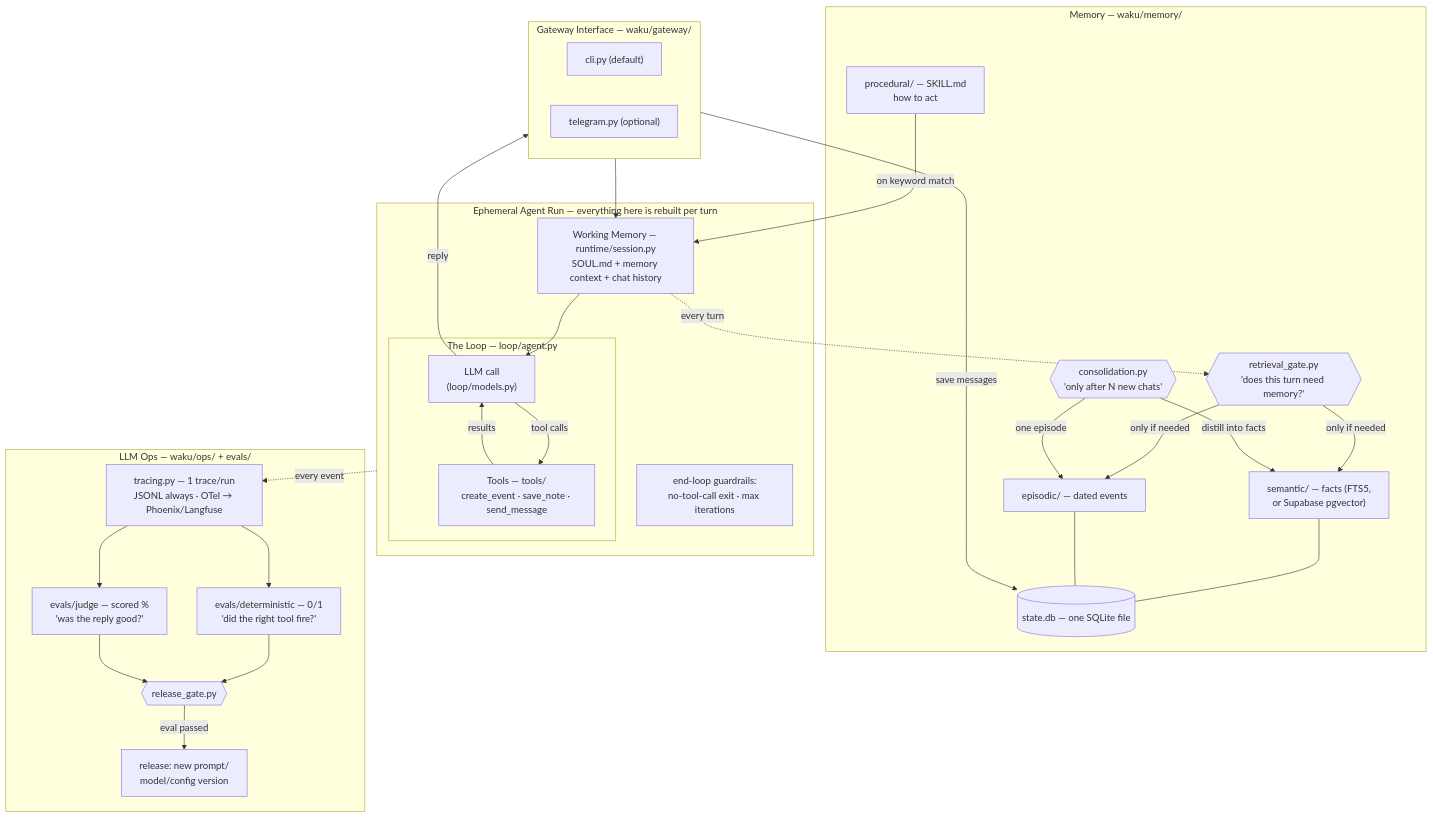
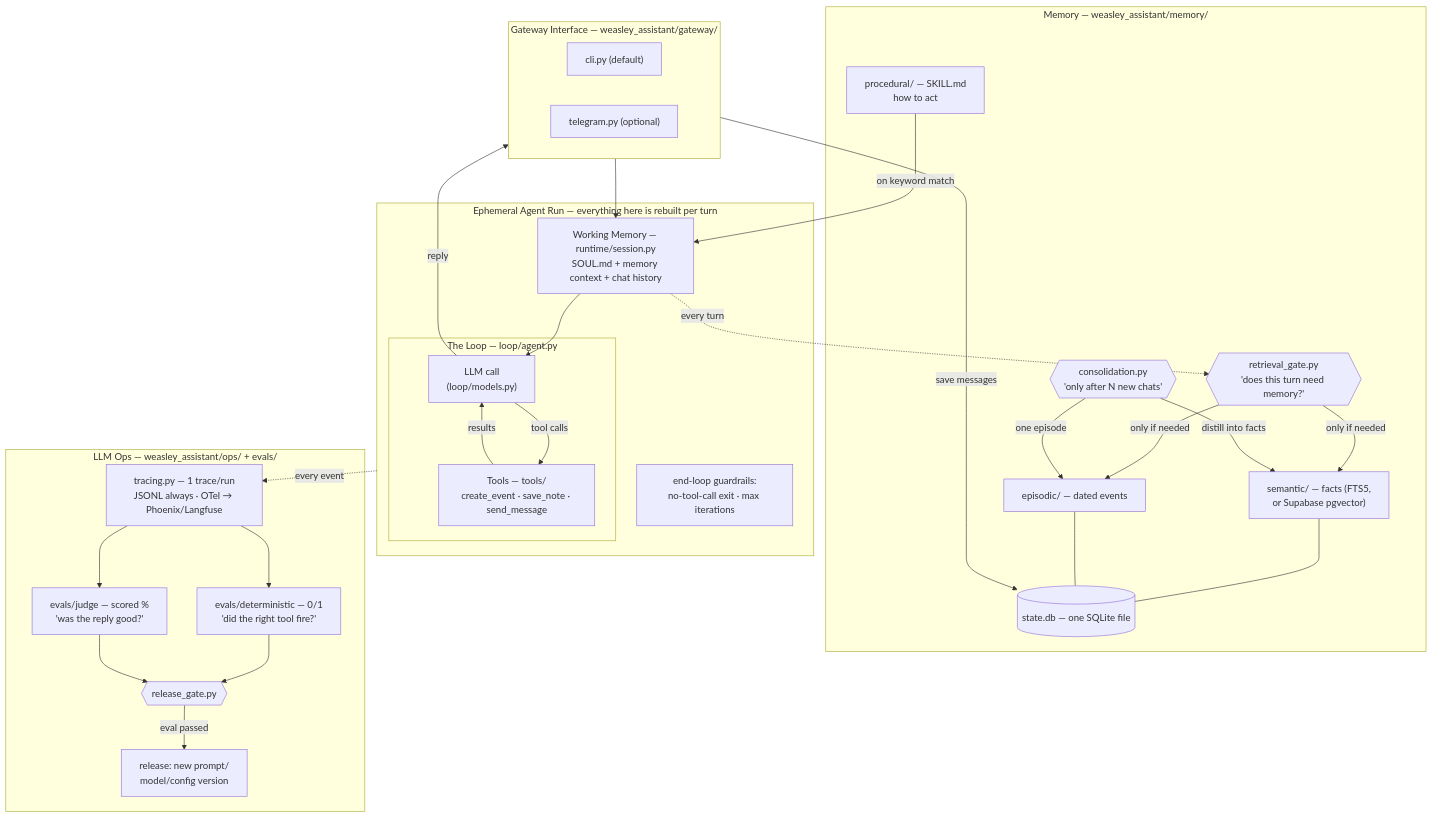
The diagram in docs/architecture.md (potatohoney-p/weasley-assistant), drawn with Mermaid before and after one commit. The commit also changed other lines of this file and 251 other files, not shown here.

First line of the commit message:
Launch Weasley Assistant open-source edition

````diff
--- a/docs/architecture.md
+++ b/docs/architecture.md
@@ -7,48 +7,48 @@
 ```mermaid
 flowchart TB
-    subgraph GW["Gateway Interface — waku/gateway/"]
+    subgraph GW["Gateway Interface — weasley_assistant/gateway/"]
         CLI["cli.py (default)"]
         TG["telegram.py (optional)"]
     end
 
     subgraph RUN["Ephemeral Agent Run — everything here is rebuilt per turn"]
         WM["Working Memory — runtime/session.py<br/>SOUL.md + memory context + chat history"]
         subgraph LOOP["The Loop — loop/agent.py"]
             LLM["LLM call<br/>(loop/models.py)"]
             TOOLS["Tools — tools/<br/>create_event · save_note · send_message"]
             LLM -->|tool calls| TOOLS -->|results| LLM
         end
         WM --> LLM
         GUARD["end-loop guardrails:<br/>no-tool-call exit · max iterations"]
     end
 
     GW --> WM
     LLM -->|reply| GW
 
-    subgraph MEM["Memory — waku/memory/"]
+    subgraph MEM["Memory — weasley_assistant/memory/"]
         GATE{{"retrieval_gate.py<br/>'does this turn need memory?'"}}
         PROC["procedural/ — SKILL.md<br/>how to act"]
         SEM["semantic/ — facts (FTS5,<br/>or Supabase pgvector)"]
         EPI["episodic/ — dated events"]
         CONS{{"consolidation.py<br/>'only after N new chats'"}}
         DB[("state.db — one SQLite file")]
     end
 
     WM -.->|every turn| GATE
     GATE -->|only if needed| SEM & EPI
     PROC -->|on keyword match| WM
     GW -->|save messages| DB
     CONS -->|distill into facts| SEM
     CONS -->|one episode| EPI
     SEM & EPI --- DB
 
-    subgraph OPS["LLM Ops — waku/ops/ + evals/"]
+    subgraph OPS["LLM Ops — weasley_assistant/ops/ + evals/"]
         TRACE["tracing.py — 1 trace/run<br/>JSONL always · OTel → Phoenix/Langfuse"]
         DET["evals/deterministic — 0/1<br/>'did the right tool fire?'"]
         JUDGE["evals/judge — scored %<br/>'was the reply good?'"]
         RGATE{{"release_gate.py"}}
         TRACE --> DET & JUDGE --> RGATE -->|eval passed| SHIP["release: new prompt/<br/>model/config version"]
     end
 
     RUN -.->|every event| TRACE
 ```
````
